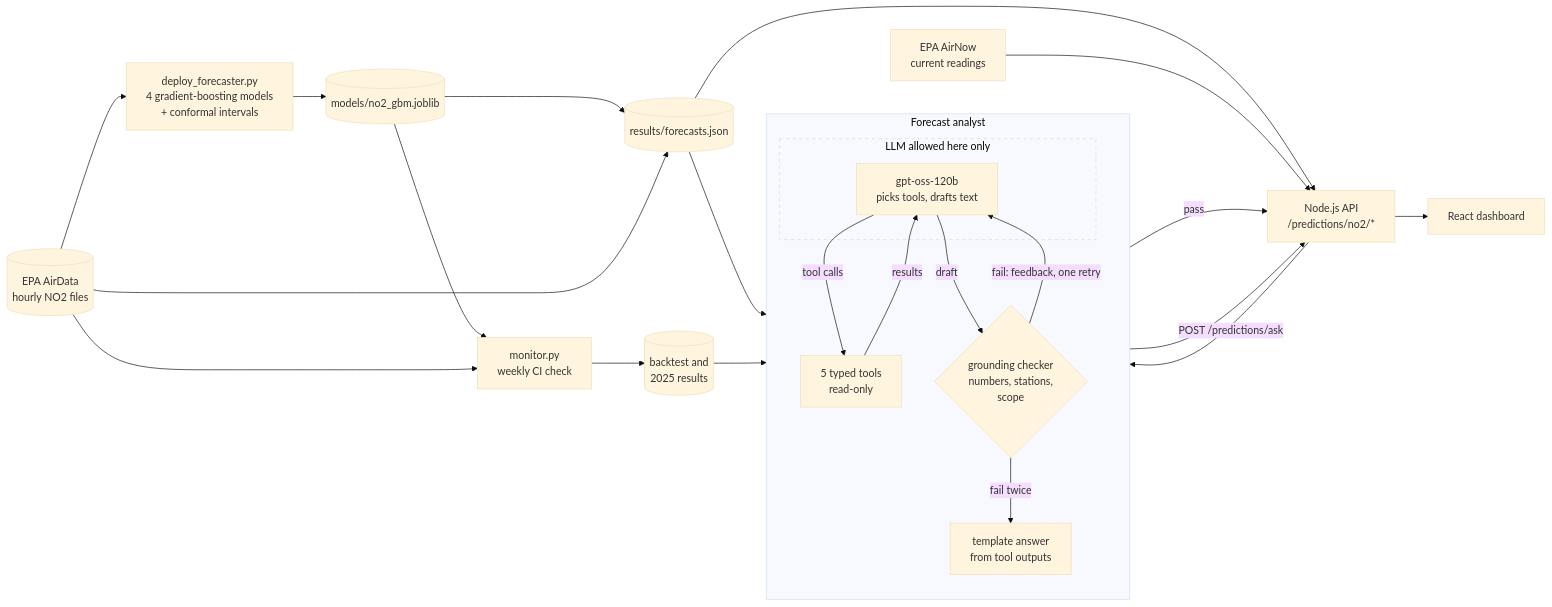
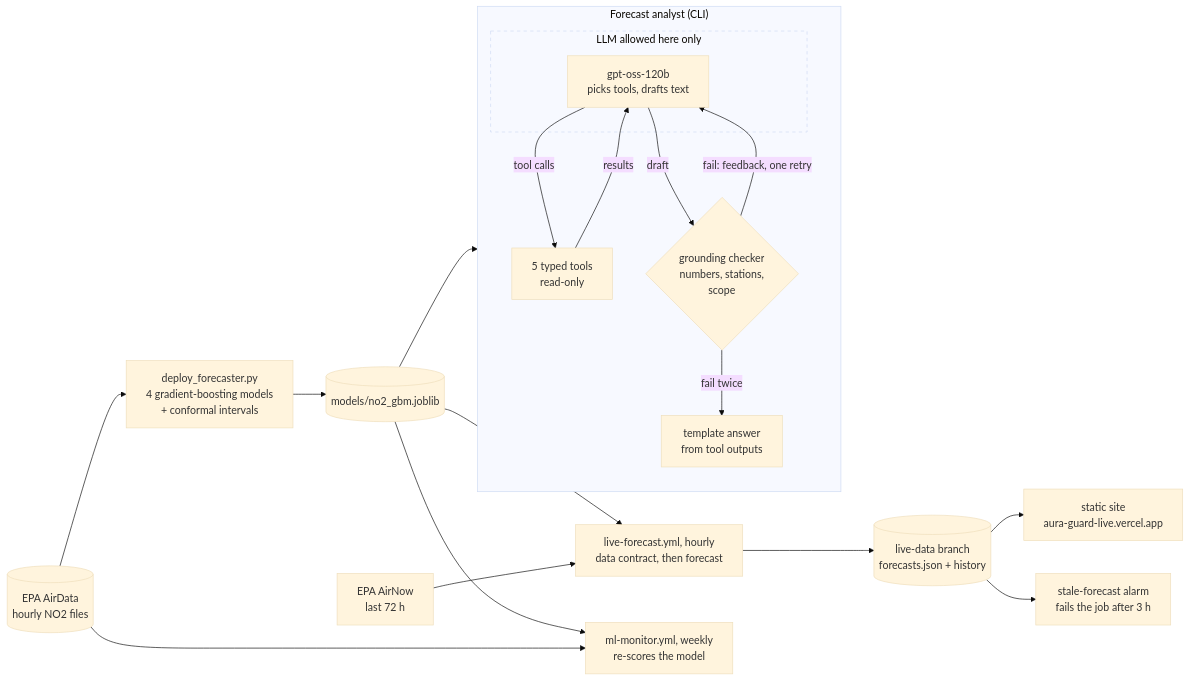
Before and after one commit to CODER7657/AURA-GUARD: the diagram in README.md, drawn with Mermaid (base theme). The commit also changed other lines of this file and 93 other files, not shown here.

````diff
--- a/README.md
+++ b/README.md
@@ -113,36 +111,30 @@
 ```mermaid
 flowchart LR
-  EPA[("EPA AirData<br/>hourly NO2 files")] --> TRAIN["deploy_forecaster.py<br/>4 gradient-boosting models<br/>+ conformal intervals"]
+  AIRDATA[("EPA AirData<br/>hourly NO2 files")] --> TRAIN["deploy_forecaster.py<br/>4 gradient-boosting models<br/>+ conformal intervals"]
   TRAIN --> MODEL[("models/no2_gbm.joblib")]
-  MODEL --> FC[("results/forecasts.json")]
-  EPA --> FC
-  MODEL --> MON["monitor.py<br/>weekly CI check"]
-  EPA --> MON
-  MON --> SKILL[("backtest and<br/>2025 results")]
-  FC --> API["Node.js API<br/>/predictions/no2/*"]
-  API --> UI["React dashboard"]
-  AIRNOW["EPA AirNow<br/>current readings"] --> API
+  AIRNOW["EPA AirNow<br/>last 72 h"] --> LIVE["live-forecast.yml, hourly<br/>data contract, then forecast"]
+  MODEL --> LIVE
+  LIVE --> DATA[("live-data branch<br/>forecasts.json + history")]
+  DATA --> SITE["static site<br/>aura-guard-live.vercel.app"]
+  DATA --> ALARM["stale-forecast alarm<br/>fails the job after 3 h"]
+  AIRDATA --> MON["ml-monitor.yml, weekly<br/>re-scores the model"]
+  MODEL --> MON
 
-  subgraph AGENT ["Forecast analyst"]
+  subgraph AGENT ["Forecast analyst (CLI)"]
     direction TB
     TOOLS["5 typed tools<br/>read-only"]
     subgraph LLMZONE ["LLM allowed here only"]
       LLM["gpt-oss-120b<br/>picks tools, drafts text"]
     end
     CHECK{"grounding checker<br/>numbers, stations,<br/>scope"}
     TPL["template answer<br/>from tool outputs"]
     LLM -- tool calls --> TOOLS
     TOOLS -- results --> LLM
     LLM -- draft --> CHECK
     CHECK -- "fail: feedback, one retry" --> LLM
     CHECK -- "fail twice" --> TPL
   end
 
-  FC --> TOOLS
-  SKILL --> TOOLS
-  API -- "POST /predictions/ask" --> AGENT
-  CHECK -- pass --> API
-  TPL --> API
-
+  MODEL --> TOOLS
   style LLMZONE stroke-dasharray: 5 5
 ```
````
